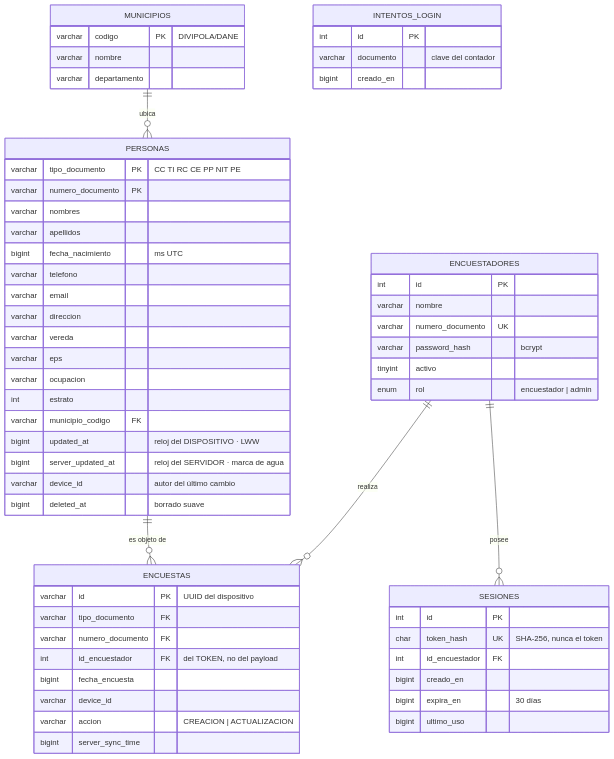
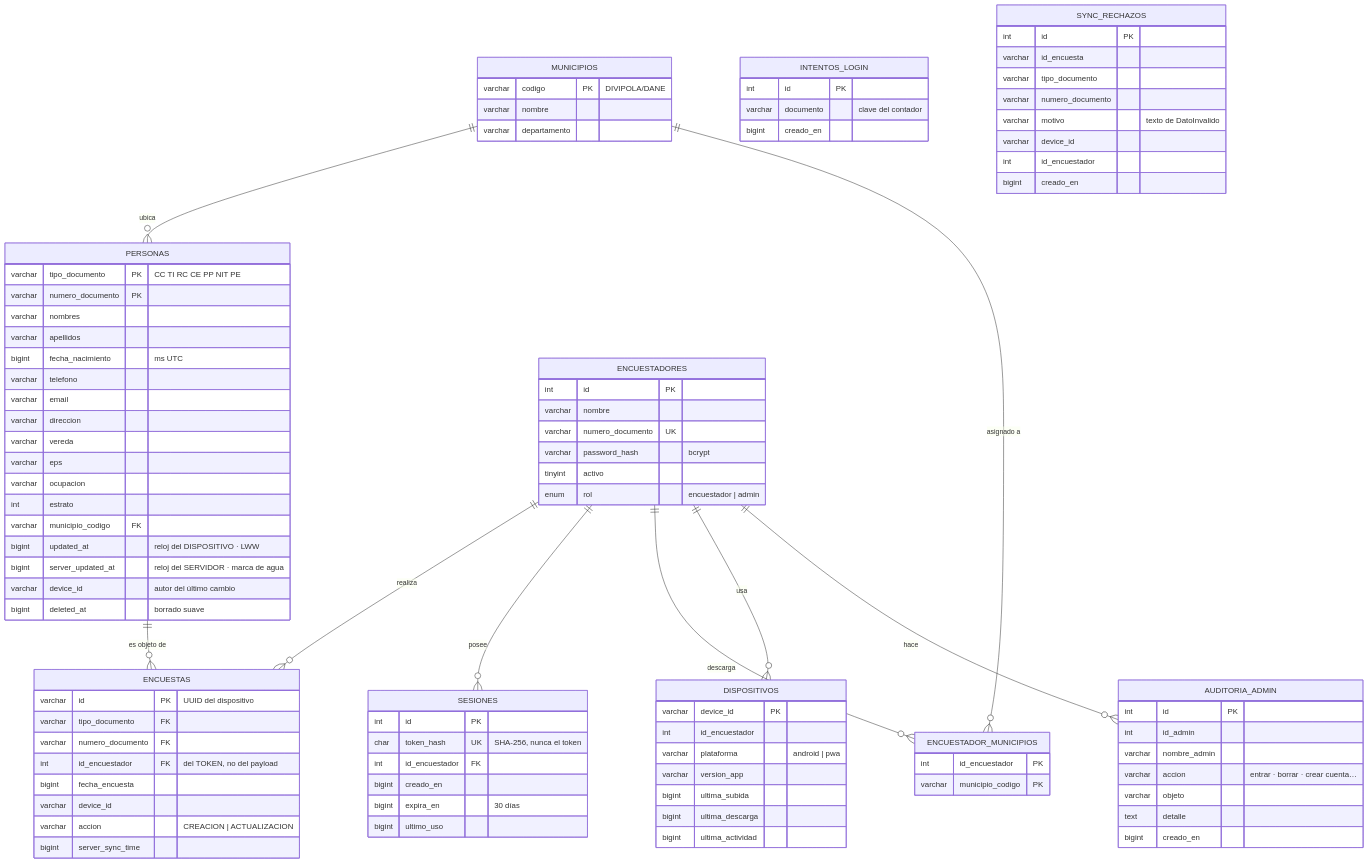
Before and after one commit to Manuel151025/proyecto_offline: the third of 12 diagrams in docs/ARQUITECTURA.md, drawn with Mermaid. The commit also changed other lines of this file and 19 other files, not shown here.

````diff
--- a/docs/ARQUITECTURA.md
+++ b/docs/ARQUITECTURA.md
@@ -208,6 +218,10 @@
     ENCUESTADORES ||--o{ ENCUESTAS : "realiza"
     ENCUESTADORES ||--o{ SESIONES : "posee"
     PERSONAS ||--o{ ENCUESTAS : "es objeto de"
+    ENCUESTADORES ||--o{ ENCUESTADOR_MUNICIPIOS : "descarga"
+    MUNICIPIOS ||--o{ ENCUESTADOR_MUNICIPIOS : "asignado a"
+    ENCUESTADORES ||--o{ DISPOSITIVOS : "usa"
+    ENCUESTADORES ||--o{ AUDITORIA_ADMIN : "hace"
 
     MUNICIPIOS {
         varchar codigo PK "DIVIPOLA/DANE"
@@ -269,4 +283,40 @@
         varchar documento "clave del contador"
         bigint creado_en
     }
+
+    DISPOSITIVOS {
+        varchar device_id PK
+        int id_encuestador
+        varchar plataforma "android | pwa"
+        varchar version_app
+        bigint ultima_subida
+        bigint ultima_descarga
+        bigint ultima_actividad
+    }
+
+    SYNC_RECHAZOS {
+        int id PK
+        varchar id_encuesta
+        varchar tipo_documento
+        varchar numero_documento
+        varchar motivo "texto de DatoInvalido"
+        varchar device_id
+        int id_encuestador
+        bigint creado_en
+    }
+
+    AUDITORIA_ADMIN {
+        int id PK
+        int id_admin
+        varchar nombre_admin
+        varchar accion "entrar · borrar · crear cuenta…"
+        varchar objeto
+        text detalle
+        bigint creado_en
+    }
+
+    ENCUESTADOR_MUNICIPIOS {
+        int id_encuestador PK
+        varchar municipio_codigo PK
+    }
 ```
````
